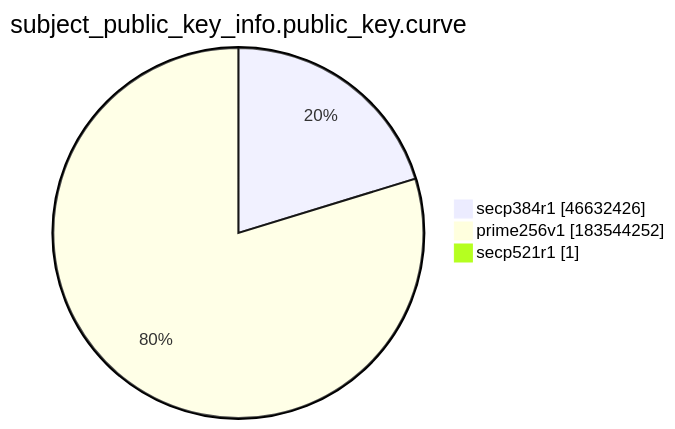
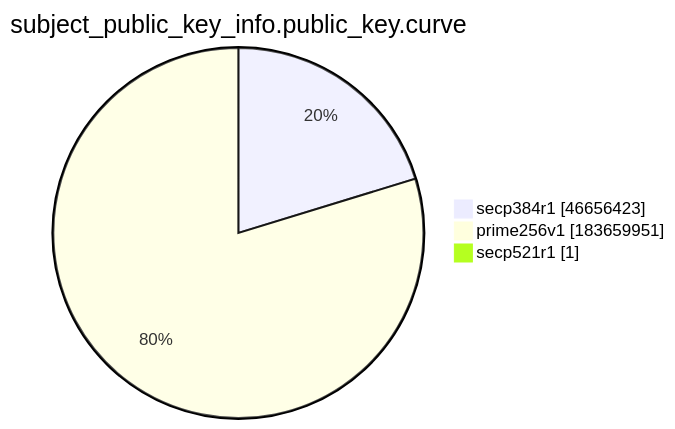
One commit to christiankrug/ctmonitor_visualization changed the ninth of 15 diagrams in xenon2022/README.md. Above: the diagram before and after it, drawn with Mermaid. The commit also changed other lines of this file, not shown here.

````diff
--- a/xenon2022/README.md
+++ b/xenon2022/README.md
@@ -2874,7 +2874,7 @@
 ```mermaid
 pie showData
 title subject_public_key_info.public_key.curve
-"secp384r1" :46632426
-"prime256v1" :183544252
+"secp384r1" :46656423
+"prime256v1" :183659951
 "secp521r1" :1
 ```
````
